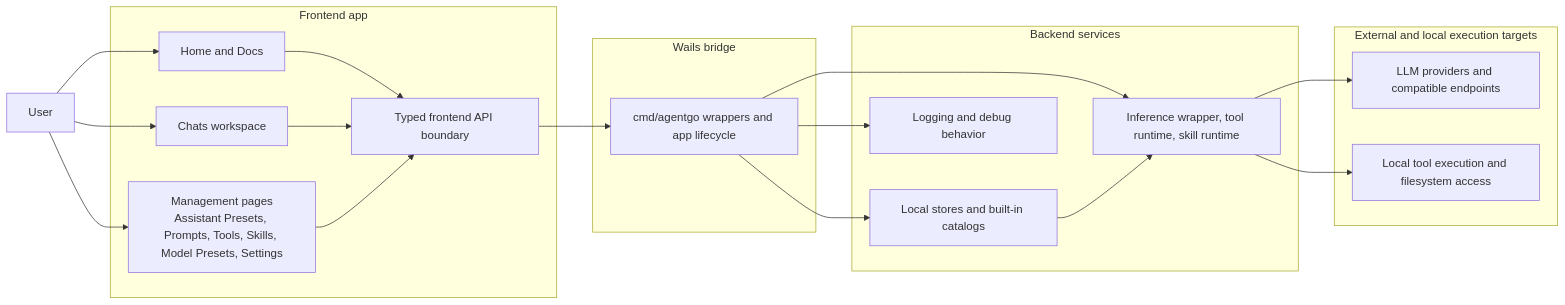
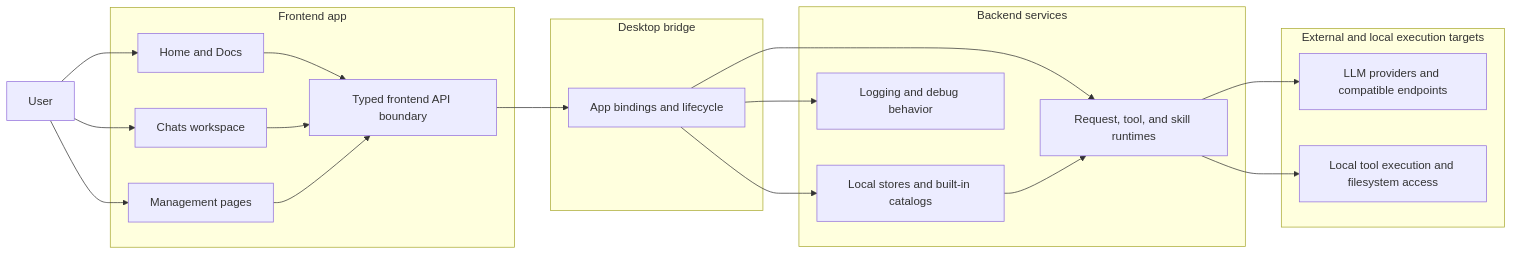
One commit to flexigpt/flexigpt-app changed the first of 2 diagrams in frontend/app/docs/content/11-architecture-overview.md. Above: the diagram before and after it, drawn with Mermaid. The commit also changed other lines of this file and 15 other files, not shown here.

````diff
--- a/frontend/app/docs/content/11-architecture-overview.md
+++ b/frontend/app/docs/content/11-architecture-overview.md
@@ -14,40 +14,40 @@
 ```mermaid
 flowchart LR
     User[User]
 
     subgraph Frontend[Frontend app]
         Home[Home and Docs]
         Chats[Chats workspace]
-        Admin[Management pages\nAssistant Presets, Prompts, Tools, Skills, Model Presets, Settings]
+        Admin[Management pages]
         API[Typed frontend API boundary]
     end
 
-    subgraph Bridge[Wails bridge]
-        Bindings[cmd/agentgo wrappers and app lifecycle]
+    subgraph Bridge[Desktop bridge]
+        Bindings[App bindings and lifecycle]
     end
 
     subgraph Backend[Backend services]
         Stores[Local stores and built-in catalogs]
-        Runtime[Inference wrapper, tool runtime, skill runtime]
+        Runtime[Request, tool, and skill runtimes]
         Logs[Logging and debug behavior]
     end
 
     subgraph External[External and local execution targets]
         Providers[LLM providers and compatible endpoints]
         LocalExec[Local tool execution and filesystem access]
     end
 
     User --> Home
     User --> Chats
     User --> Admin
     Home --> API
     Chats --> API
     Admin --> API
     API --> Bindings
     Bindings --> Stores
     Bindings --> Runtime
     Bindings --> Logs
     Runtime --> Providers
     Runtime --> LocalExec
     Stores --> Runtime
 ```
````
